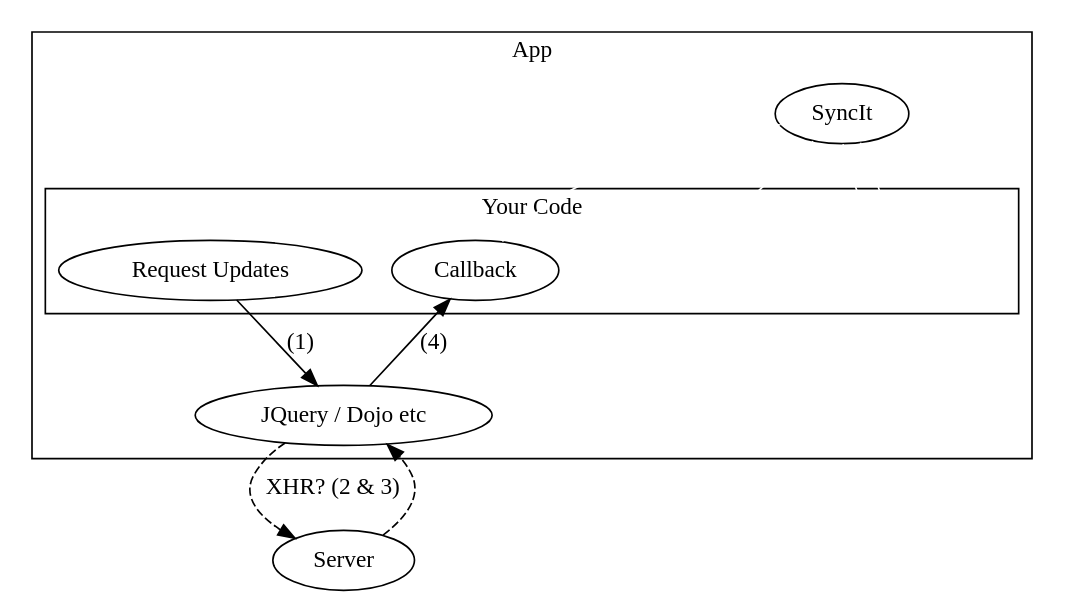
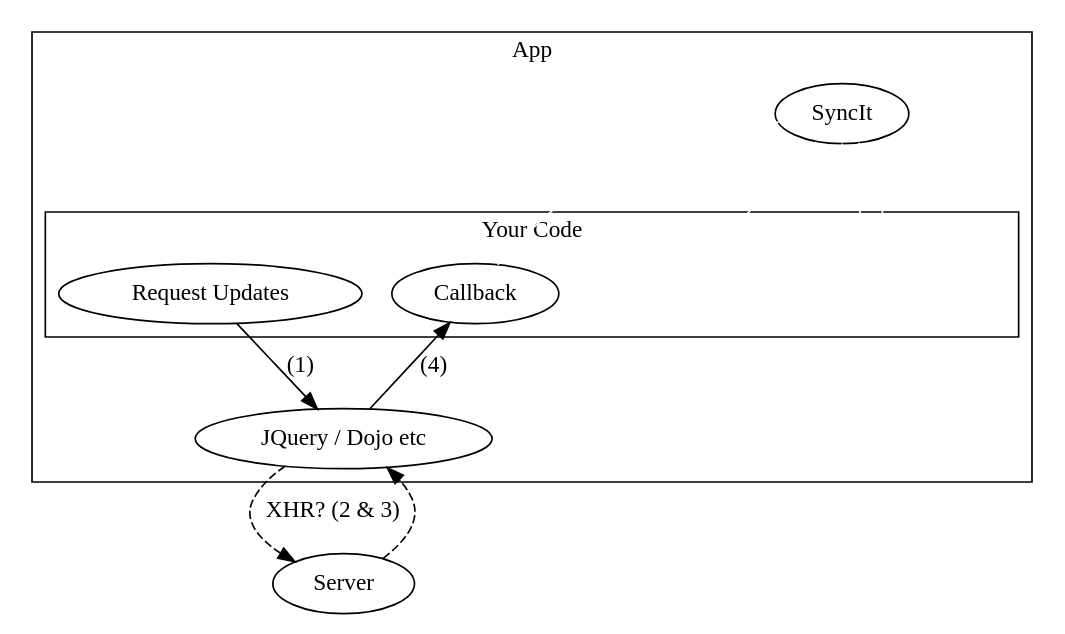
Before and after one commit to forbesmyester/SyncIt: the diagram in README.download_updates_from_server.dot, drawn with Graphviz. The commit also changed 17 other files, not shown here.

```diff
--- a/README.download_updates_from_server.dot
+++ b/README.download_updates_from_server.dot
@@ -1,22 +1,22 @@
 digraph a { 
 	subgraph clusteryourcode {
 		label = "App"
 		subgraph clustersapp {
 			label = "Your Code"
 			App [label="Request Updates", rank=1];
 			JLibCallback [label=Callback]
 			SyncItCallback [label=Callback, fontcolor=white, color=white];
 			SyncItEventHandler [label="Fed listener", fontcolor=white, color=white];
 		}
 		JLib [label="JQuery / Dojo etc"];
 		SyncIt;
 	}
 	App -> JLib [label="(1)"];
 	JLib -> Server [style=dashed, label="XHR? (2 & 3)"]; 
 	Server -> JLib [style=dashed]; 
 	JLib -> JLibCallback [label="(4)"];
-	JLibCallback -> SyncIt [fontcolor=white, color=white];
+	JLibCallback -> SyncIt [label="syncIt.feed()", fontcolor=white, color=white];
 	SyncIt -> SyncItCallback [fontcolor=white, color=white];
 	SyncIt -> SyncItEventHandler [fontcolor=white, color=white];
 	SyncIt -> SyncItEventHandler [fontcolor=white, color=white];
 }
```
